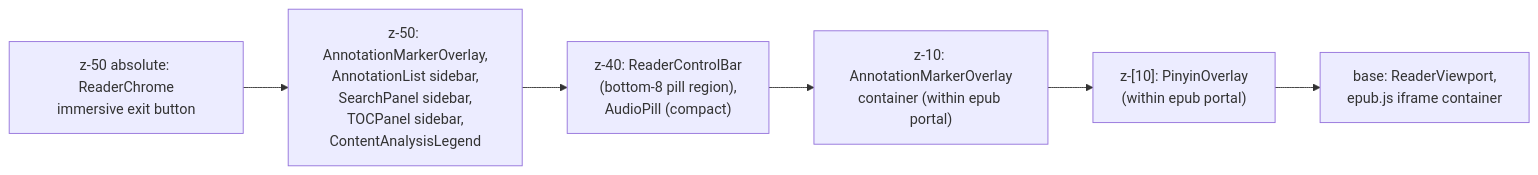
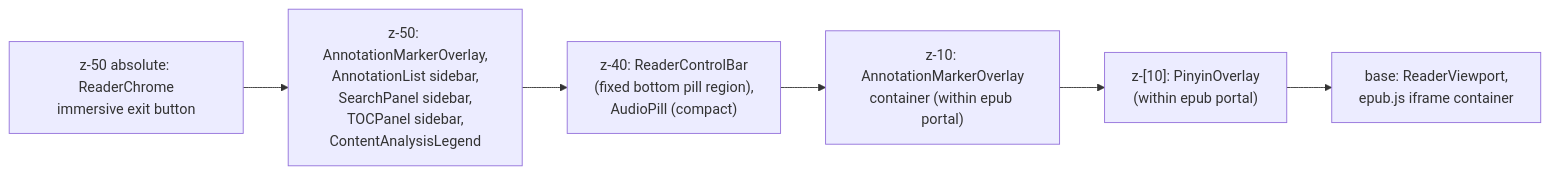
Before and after one commit to vrwarp/versicle: the seventh of 8 diagrams in docs/comprehensive/31-reader-ui-and-overlays.md, drawn with Mermaid. The commit also changed other lines of this file and 16 other files, not shown here.

````diff
--- a/docs/comprehensive/31-reader-ui-and-overlays.md
+++ b/docs/comprehensive/31-reader-ui-and-overlays.md
@@ -743,15 +743,15 @@
 ```mermaid
 graph LR
     Z50["z-50: AnnotationMarkerOverlay,\nAnnotationList sidebar,\nSearchPanel sidebar,\nTOCPanel sidebar,\nContentAnalysisLegend"]
-    Z40["z-40: ReaderControlBar\n(bottom-8 pill region),\nAudioPill (compact)"]
+    Z40["z-40: ReaderControlBar\n(fixed bottom pill region),\nAudioPill (compact)"]
     Z10["z-10: AnnotationMarkerOverlay\ncontainer (within epub portal)"]
     Zbase["base: ReaderViewport,\nepub.js iframe container"]
     Zabs["z-50 absolute: ReaderChrome\nimmersive exit button"]
     Z10pin["z-[10]: PinyinOverlay\n(within epub portal)"]
 
     Z50 --> Z40
     Z40 --> Z10
     Z10 --> Z10pin
     Z10pin --> Zbase
     Zabs --> Z50
 ```
````
